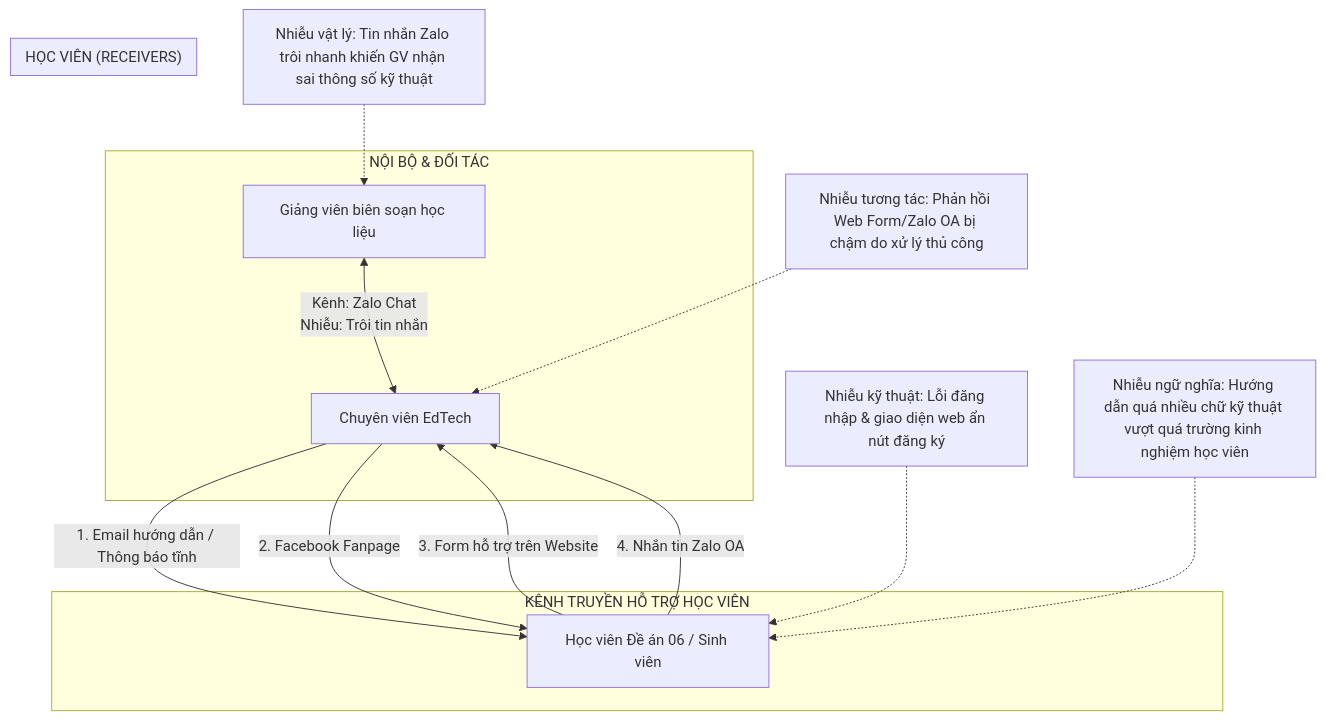
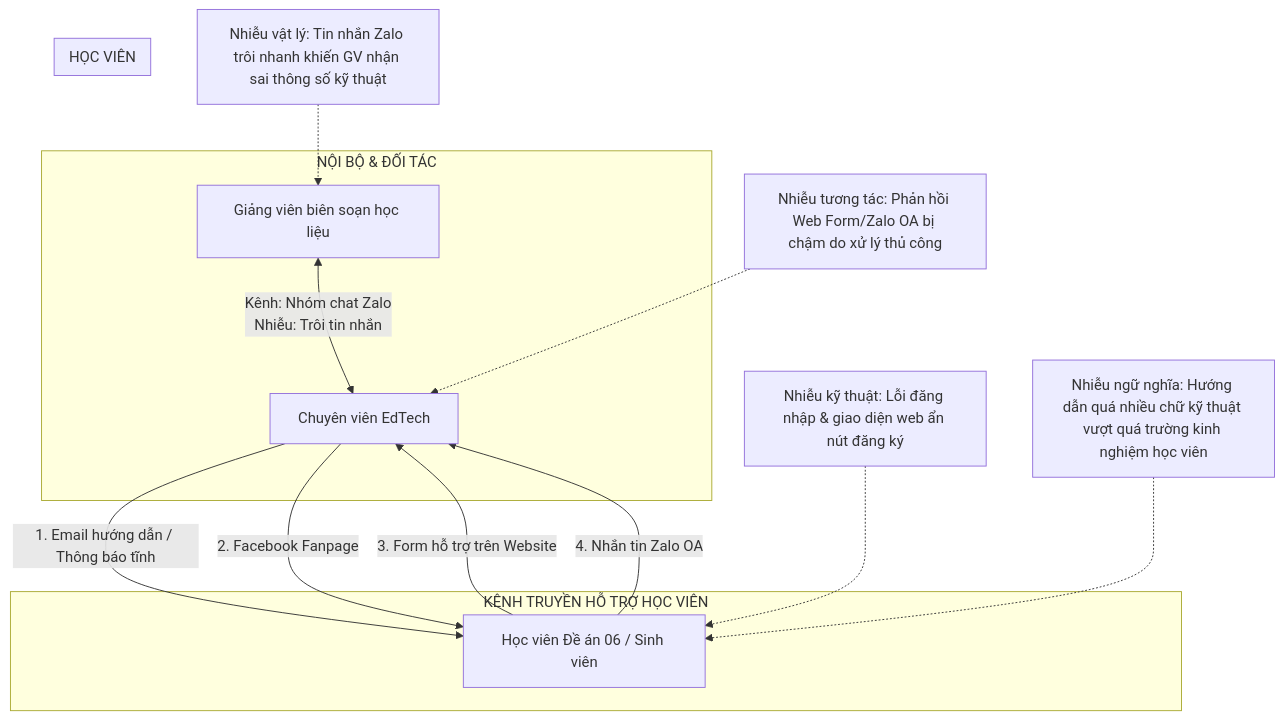
The first of 2 diagrams in khoahoctruyenthong/san_pham_giao_nop/so_do_he_sinh_thai.md (hungs1609/nguyenlh), drawn with Mermaid before and after one commit. The commit also changed other lines of this file and 29 other files, not shown here.

````diff
--- a/khoahoctruyenthong/san_pham_giao_nop/so_do_he_sinh_thai.md
+++ b/khoahoctruyenthong/san_pham_giao_nop/so_do_he_sinh_thai.md
@@ -12,23 +12,23 @@
 ```mermaid
 graph TD
     subgraph "NỘI BỘ & ĐỐI TÁC"
-        GV[Giảng viên biên soạn học liệu] <-->|Kênh: Zalo Chat<br>Nhiễu: Trôi tin nhắn| EdTech[Chuyên viên EdTech]
+        GV[Giảng viên biên soạn học liệu] <-->|Kênh: Nhóm chat Zalo<br>Nhiễu: Trôi tin nhắn| EdTech[Chuyên viên EdTech]
     end
 
     subgraph "KÊNH TRUYỀN HỖ TRỢ HỌC VIÊN"
         EdTech -->|1. Email hướng dẫn / Thông báo tĩnh| HV
         EdTech -->|2. Facebook Fanpage| HV
         HV -->|3. Form hỗ trợ trên Website| EdTech
         HV -->|4. Nhắn tin Zalo OA| EdTech
     end
 
-    subgraph "HỌC VIÊN (RECEIVERS)"
+    subgraph "HỌC VIÊN"
         HV[Học viên Đề án 06 / Sinh viên]
     end
 
-    %% Các điểm nhiễu (Noise) thực tế
+    %% Các điểm nhiễu thực tế
     Noise1[Nhiễu vật lý: Tin nhắn Zalo trôi nhanh khiến GV nhận sai thông số kỹ thuật] -.-> GV
     Noise2[Nhiễu kỹ thuật: Lỗi đăng nhập & giao diện web ẩn nút đăng ký] -.-> HV
     Noise3[Nhiễu tương tác: Phản hồi Web Form/Zalo OA bị chậm do xử lý thủ công] -.-> EdTech
     Noise4[Nhiễu ngữ nghĩa: Hướng dẫn quá nhiều chữ kỹ thuật vượt quá trường kinh nghiệm học viên] -.-> HV
 ```
````
